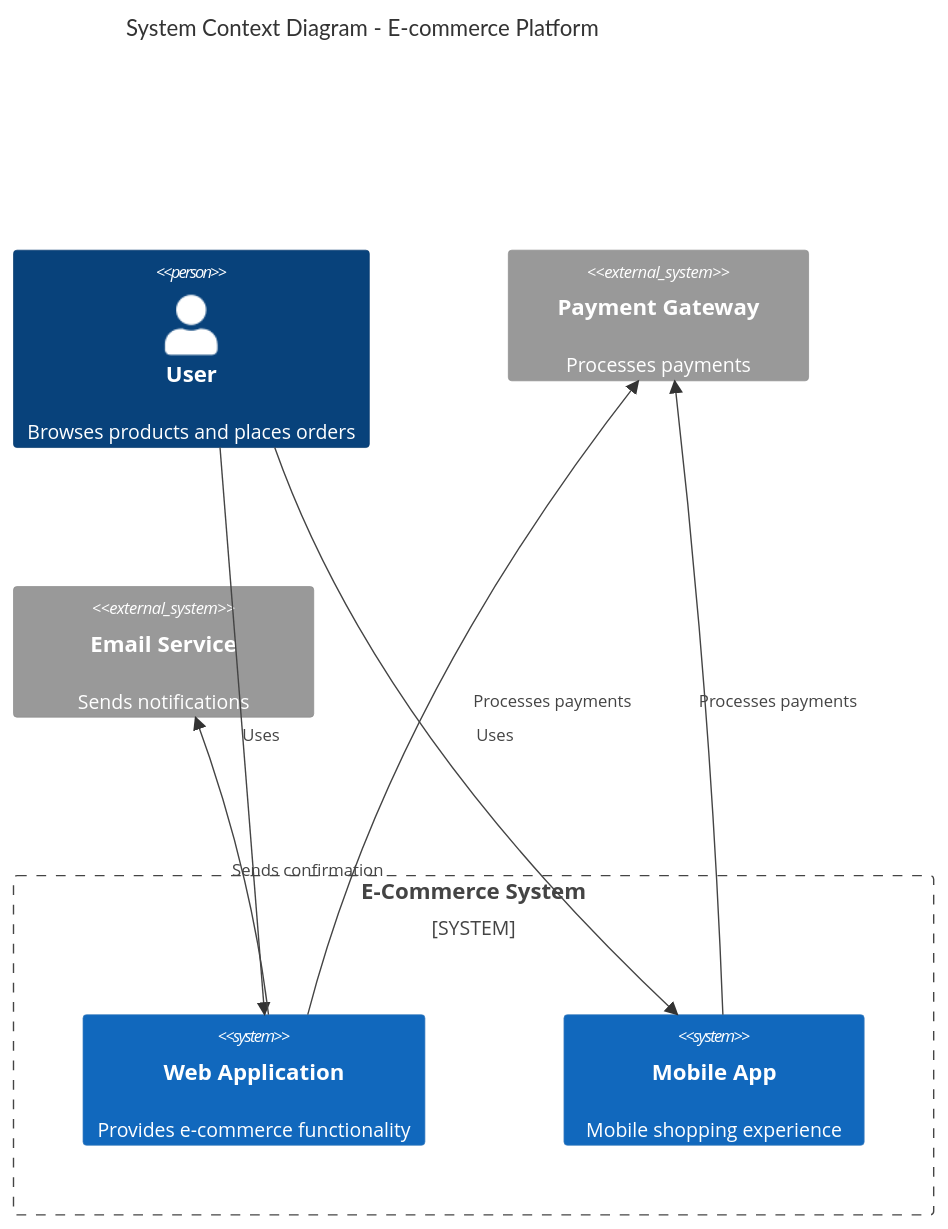
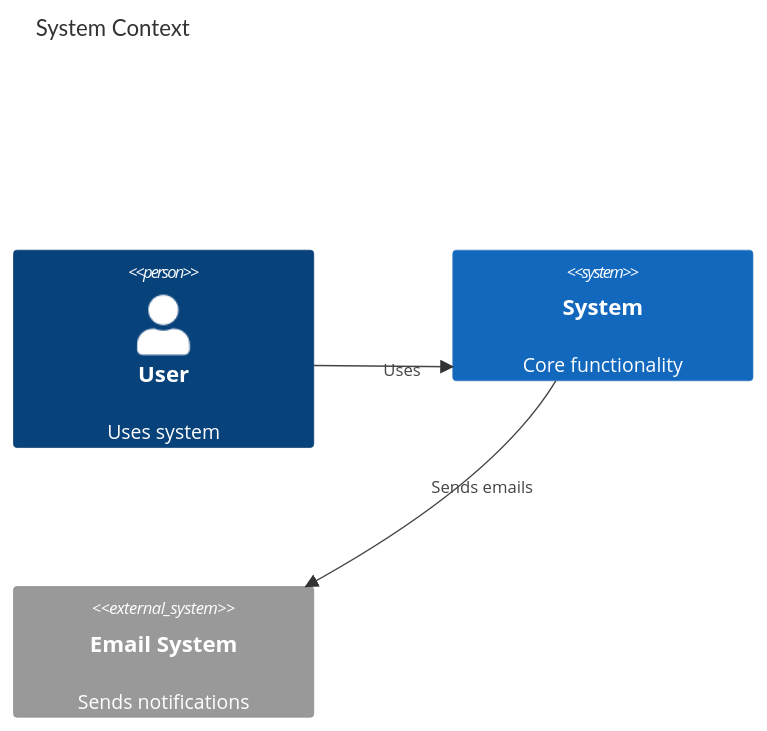
Before and after one commit to modu-ai/moai-adk: the seventh of 12 diagrams in src/moai_adk/templates/.claude/skills/moai-mermaid-diagram-expert/SKILL.md, drawn with Mermaid. The commit also changed other lines of this file and 182 other files, not shown here.

````diff
--- a/src/moai_adk/templates/.claude/skills/moai-mermaid-diagram-expert/SKILL.md
+++ b/src/moai_adk/templates/.claude/skills/moai-mermaid-diagram-expert/SKILL.md
@@ -601,18 +173,10 @@
 ```mermaid
 C4Context
-    title System Context Diagram - E-commerce Platform
-    
-    Person(user, "User", "Browses products and places orders")
-    System_Boundary(ecommerce, "E-Commerce System") {
-        System(web, "Web Application", "Provides e-commerce functionality")
-        System(mobile, "Mobile App", "Mobile shopping experience")
-    }
-    System_Ext(payment_gateway, "Payment Gateway", "Processes payments")
-    System_Ext(email_service, "Email Service", "Sends notifications")
-    
-    Rel(user, web, "Uses")
-    Rel(user, mobile, "Uses")
-    Rel(web, payment_gateway, "Processes payments")
-    Rel(mobile, payment_gateway, "Processes payments")
-    Rel(web, email_service, "Sends confirmation")
+    title System Context
+    Person(user, "User", "Uses system")
+    System(system, "System", "Core functionality")
+    System_Ext(mail, "Email System", "Sends notifications")
+
+    Rel(user, system, "Uses")
+    Rel(system, mail, "Sends emails")
 ```
````
